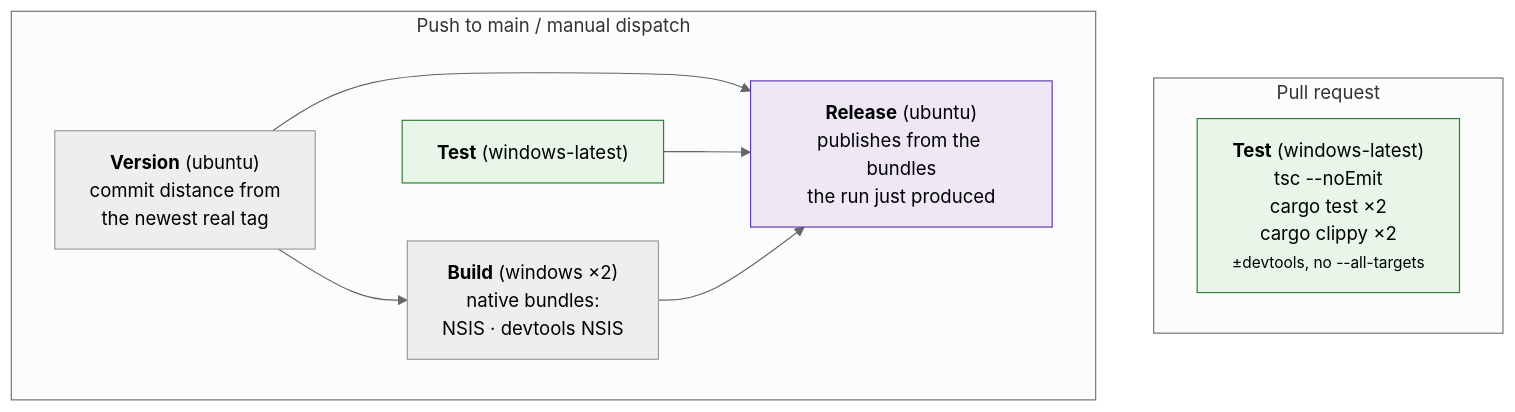
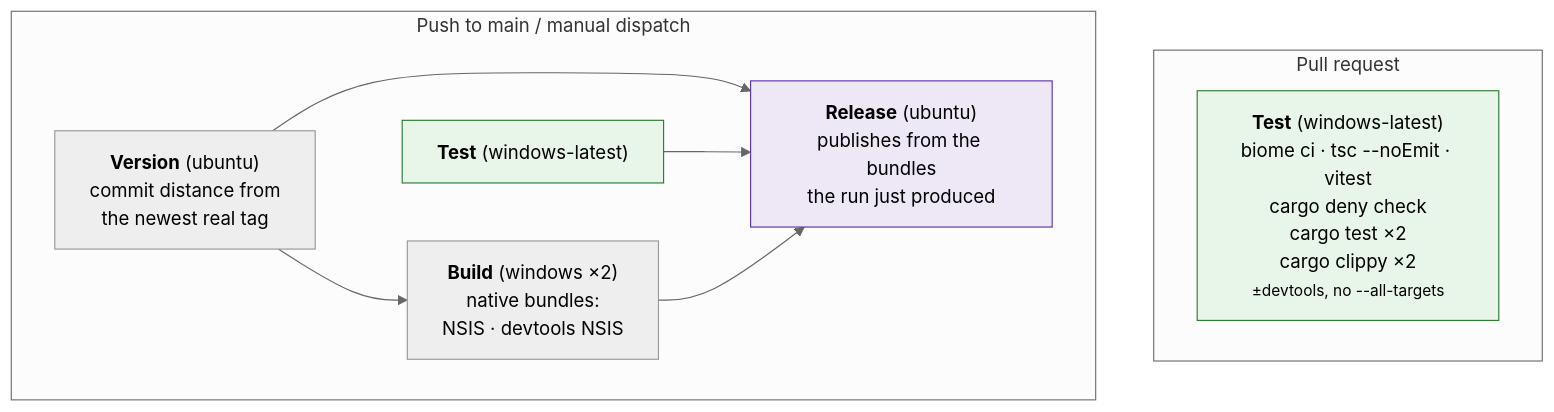
One commit to NinjaGoldfinch/ninja-recorder changed the first of 3 diagrams in docs/ci-and-releases.md. Above: the diagram before and after it, drawn with Mermaid (neutral theme). The commit also changed other lines of this file and 3 other files, not shown here.

````diff
--- a/docs/ci-and-releases.md
+++ b/docs/ci-and-releases.md
@@ -14,19 +14,19 @@
 ```mermaid
 flowchart TB
     subgraph PR["Pull request"]
-        T1["<b>Test</b> (windows-latest)<br/>tsc --noEmit<br/>cargo test ×2<br/>cargo clippy ×2<br/><small>±devtools, no --all-targets</small>"]
+        T1["<b>Test</b> (windows-latest)<br/>biome ci · tsc --noEmit · vitest<br/>cargo deny check<br/>cargo test ×2<br/>cargo clippy ×2<br/><small>±devtools, no --all-targets</small>"]
     end
     subgraph MAIN["Push to main / manual dispatch"]
         T["<b>Test</b> (windows-latest)"]
         V["<b>Version</b> (ubuntu)<br/>commit distance from<br/>the newest real tag"]
         B["<b>Build</b> (windows ×2)<br/>native bundles:<br/>NSIS · devtools NSIS"]
         R["<b>Release</b> (ubuntu)<br/>publishes from the bundles<br/>the run just produced"]
         V --> B
         V --> R
         T --> R
         B --> R
     end
     style T1 fill:#e8f5e9,stroke:#2e7d32
     style T fill:#e8f5e9,stroke:#2e7d32
     style R fill:#ede7f6,stroke:#5e35b1
 ```
````
